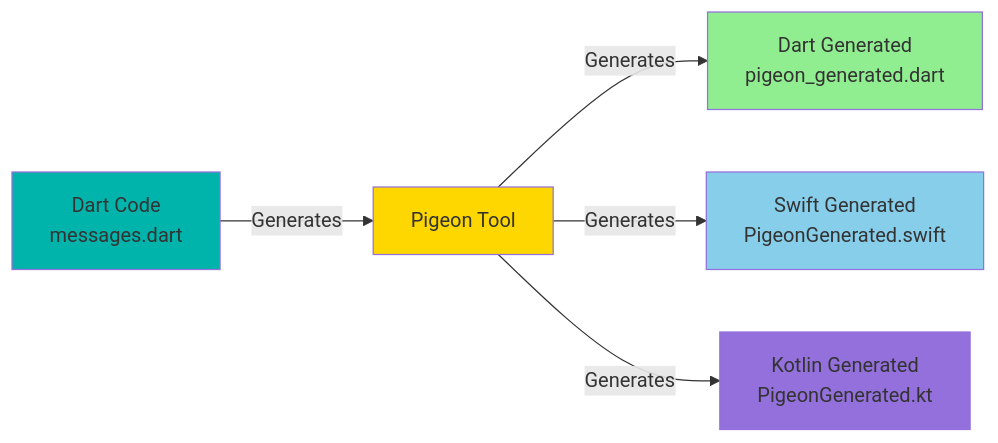
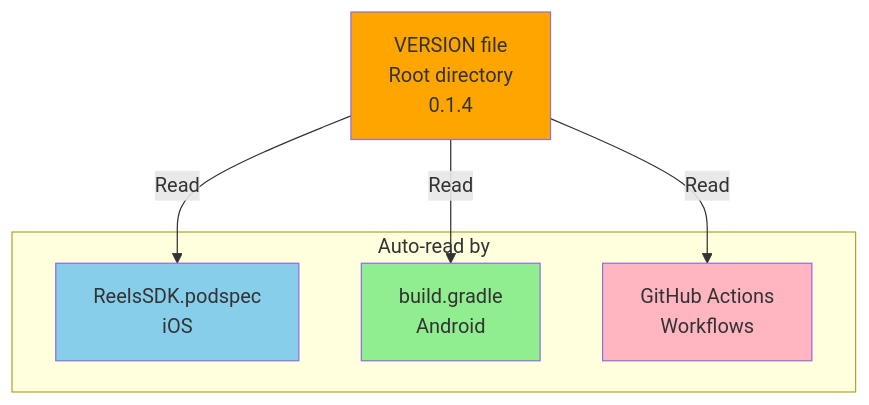
The fifth of 9 diagrams in docs/01-Overview/02-Technology-Stack.md (ahmed-eishon/Reels-SDK), drawn with Mermaid before and after one commit. The commit also changed other lines of this file and 45 other files, not shown here.

````diff
--- a/docs/01-Overview/02-Technology-Stack.md
+++ b/docs/01-Overview/02-Technology-Stack.md
@@ -221,13 +357,19 @@
 ```mermaid
-graph LR
-    DART[Dart Code<br/>messages.dart] -->|Generates| PIGEON[Pigeon Tool]
-    PIGEON -->|Generates| DART_GEN[Dart Generated<br/>pigeon_generated.dart]
-    PIGEON -->|Generates| SWIFT_GEN[Swift Generated<br/>PigeonGenerated.swift]
-    PIGEON -->|Generates| KOTLIN_GEN[Kotlin Generated<br/>PigeonGenerated.kt]
+graph TB
+    VERSION[VERSION file<br/>Root directory<br/>0.1.4]
 
-    style DART fill:#00B4AB
-    style PIGEON fill:#FFD700
-    style DART_GEN fill:#90EE90
-    style SWIFT_GEN fill:#87CEEB
-    style KOTLIN_GEN fill:#9370DB
+    subgraph "Auto-read by"
+        PODSPEC[ReelsSDK.podspec<br/>iOS]
+        BUILD_GRADLE[build.gradle<br/>Android]
+        WORKFLOWS[GitHub Actions<br/>Workflows]
+    end
+
+    VERSION -->|Read| PODSPEC
+    VERSION -->|Read| BUILD_GRADLE
+    VERSION -->|Read| WORKFLOWS
+
+    style VERSION fill:#FFA500
+    style PODSPEC fill:#87CEEB
+    style BUILD_GRADLE fill:#90EE90
+    style WORKFLOWS fill:#FFB6C1
 ```
````
